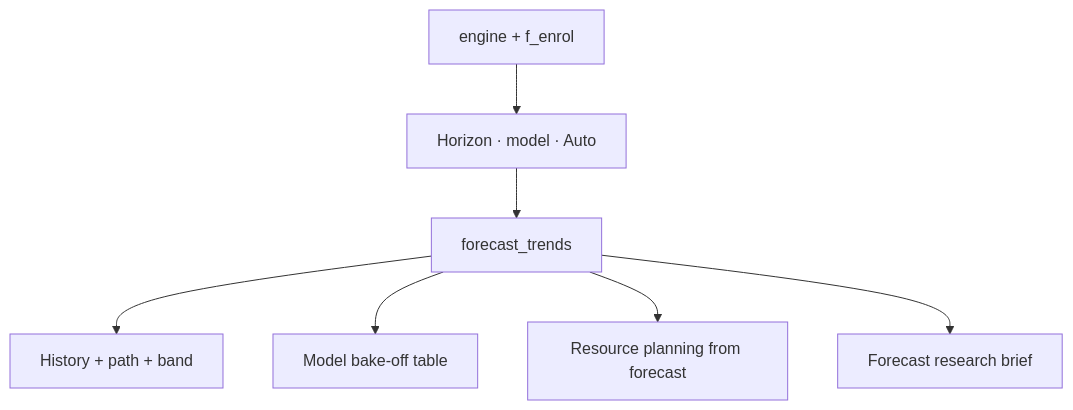
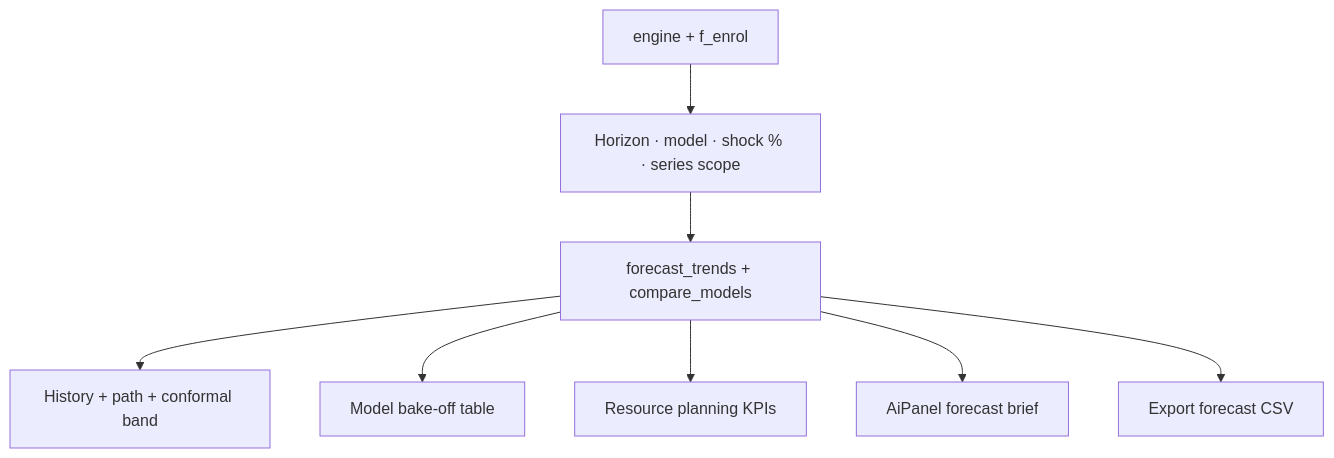
Diagram 17 of 24 in flowchart.md (NetRunnerXD/Aadhaar-Intel-Engine-UIDAI), drawn with Mermaid before and after one commit. The commit also changed other lines of this file and 1 other file, not shown here.

First line of the commit message:
docs: update flowchart and feature parity for dual UI stack

````diff
--- a/flowchart.md
+++ b/flowchart.md
@@ -414,9 +523,10 @@
 ```mermaid
 flowchart TD
-    IN[engine + f_enrol] --> CTRL[Horizon · model · Auto]
-    CTRL --> RUN[forecast_trends]
-    RUN --> CHART[History + path + band]
+    IN[engine + f_enrol] --> CTRL[Horizon · model · shock % · series scope]
+    CTRL --> RUN[forecast_trends + compare_models]
+    RUN --> CHART[History + path + conformal band]
     RUN --> BAKE[Model bake-off table]
-    RUN --> RES[Resource planning from forecast]
-    RUN --> BRIEF[Forecast research brief]
+    RUN --> RES[Resource planning KPIs]
+    RUN --> BRIEF[AiPanel forecast brief]
+    RUN --> CSV[Export forecast CSV]
 ```
````
